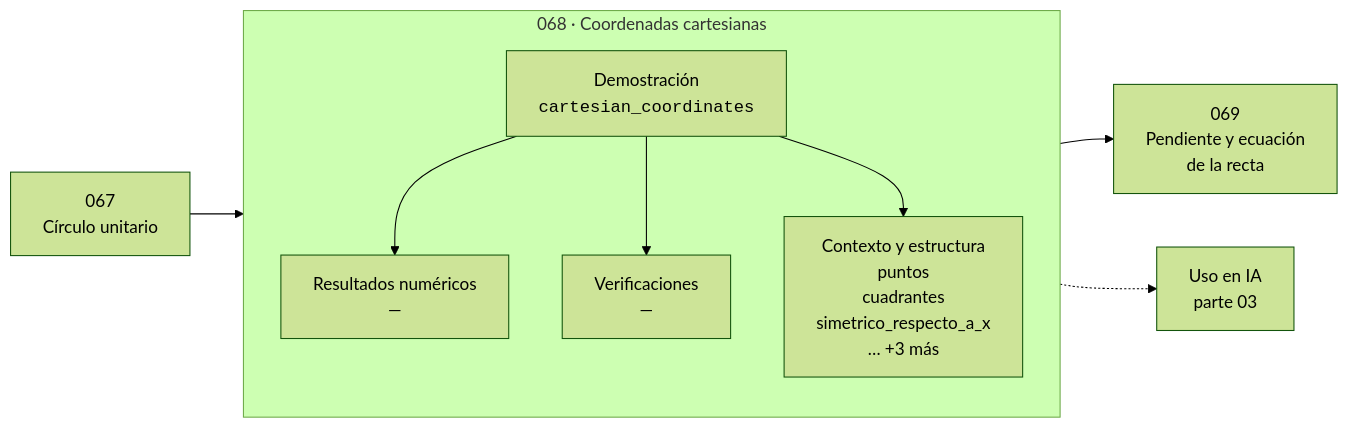
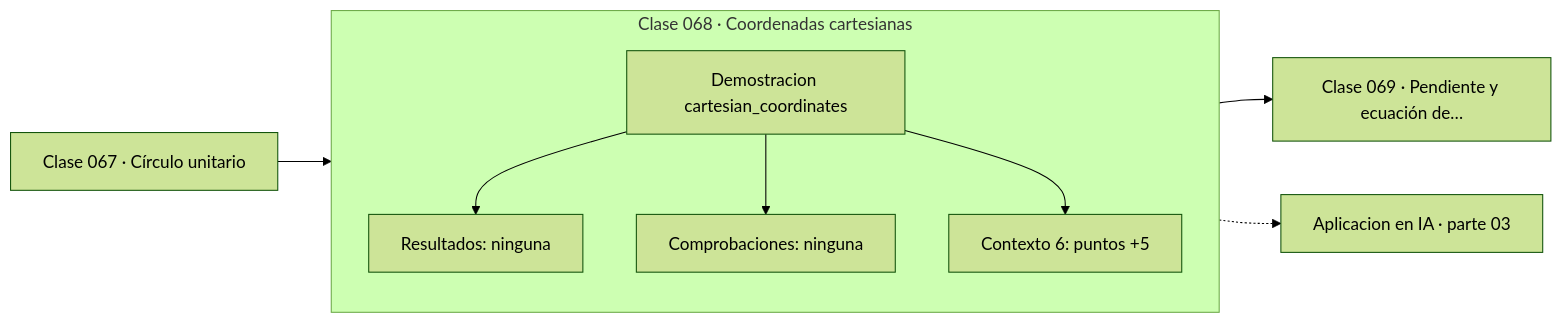
Before and after one commit to vladimiracunadev-create/computational-mathematics-program: the diagram in classes/part-03-geometria-trigonometria-y-geometria-analitica/068-coordenadas-cartesianas/README.md, drawn with Mermaid (forest theme). The commit also changed 389 other files, not shown here.

First line of the commit message:
fix(diagramas): elimina el HTML de las etiquetas Mermaid

````diff
--- a/classes/part-03-geometria-trigonometria-y-geometria-analitica/068-coordenadas-cartesianas/README.md
+++ b/classes/part-03-geometria-trigonometria-y-geometria-analitica/068-coordenadas-cartesianas/README.md
@@ -36,12 +36,13 @@
 ```mermaid
 flowchart LR
-    P["067<br/>Círculo unitario"] --> C
-    subgraph C["068 · Coordenadas cartesianas"]
+    P["Clase 067 · Círculo unitario"] --> D
+    subgraph CLASE["Clase 068 · Coordenadas cartesianas"]
         direction TB
-        D["Demostración<br/><code>cartesian_coordinates</code>"] --> R["Resultados numéricos<br/>—"]
-        D --> V["Verificaciones<br/>—"]
-        D --> O["Contexto y estructura<br/>puntos<br/>cuadrantes<br/>simetrico_respecto_a_x<br/>… +3 más"]
+        D["Demostracion cartesian_coordinates"]
+        D --> R["Resultados: ninguna"]
+        D --> V["Comprobaciones: ninguna"]
+        D --> O["Contexto 6: puntos +5"]
     end
-    C --> N["069<br/>Pendiente y ecuación<br/>de la recta"]
-    C -.-> IA["Uso en IA<br/>parte 03"]
+    R --> N["Clase 069 · Pendiente y ecuación de…"]
+    V -.-> IA["Aplicacion en IA · parte 03"]
 ```
````
